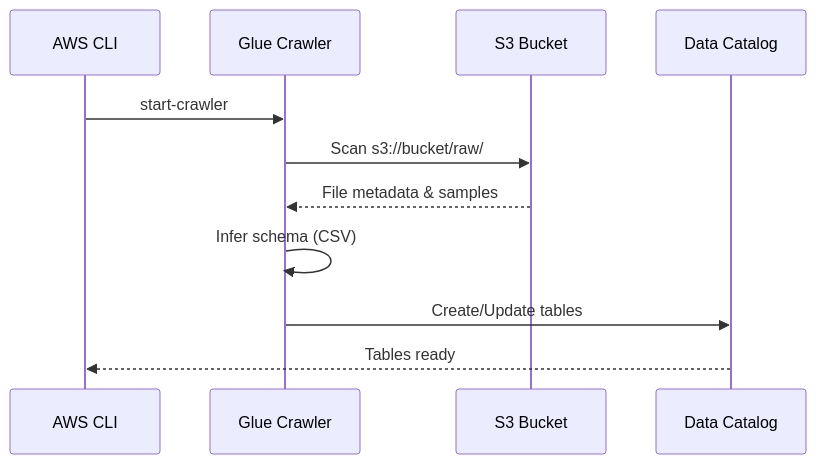
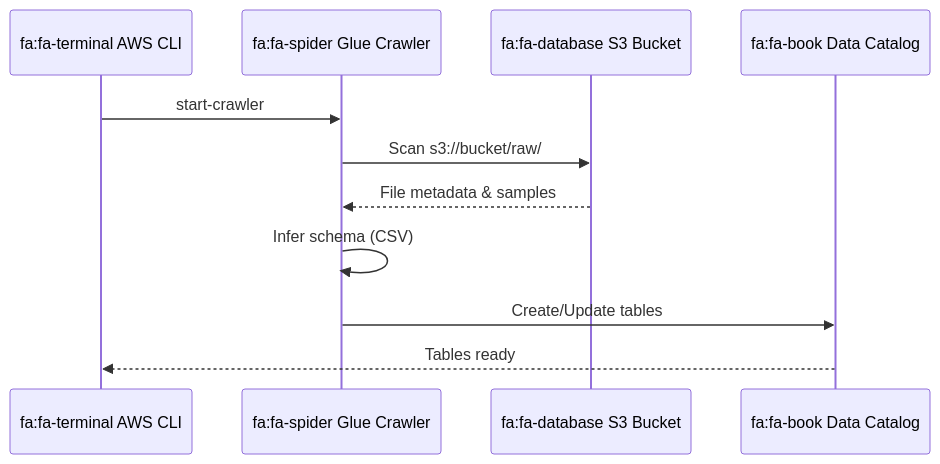
Before and after one commit to vinu76jsr/aws-sample-projects: the second of 3 diagrams in aws-ml-associate-prep/03-glue-etl/LAB.md, drawn with Mermaid. The commit also changed other lines of this file and 15 other files, not shown here.

First line of the commit message:
Add Font Awesome icons to all Mermaid diagrams

````diff
--- a/aws-ml-associate-prep/03-glue-etl/LAB.md
+++ b/aws-ml-associate-prep/03-glue-etl/LAB.md
@@ -64,14 +64,14 @@
 ```mermaid
 sequenceDiagram
-    participant CLI as AWS CLI
-    participant Crawler as Glue Crawler
-    participant S3 as S3 Bucket
-    participant Catalog as Data Catalog
+    participant CLI as fa:fa-terminal AWS CLI
+    participant Crawler as fa:fa-spider Glue Crawler
+    participant S3 as fa:fa-database S3 Bucket
+    participant Catalog as fa:fa-book Data Catalog
 
     CLI->>Crawler: start-crawler
     Crawler->>S3: Scan s3://bucket/raw/
     S3-->>Crawler: File metadata & samples
     Crawler->>Crawler: Infer schema (CSV)
     Crawler->>Catalog: Create/Update tables
     Catalog-->>CLI: Tables ready
 ```
````
